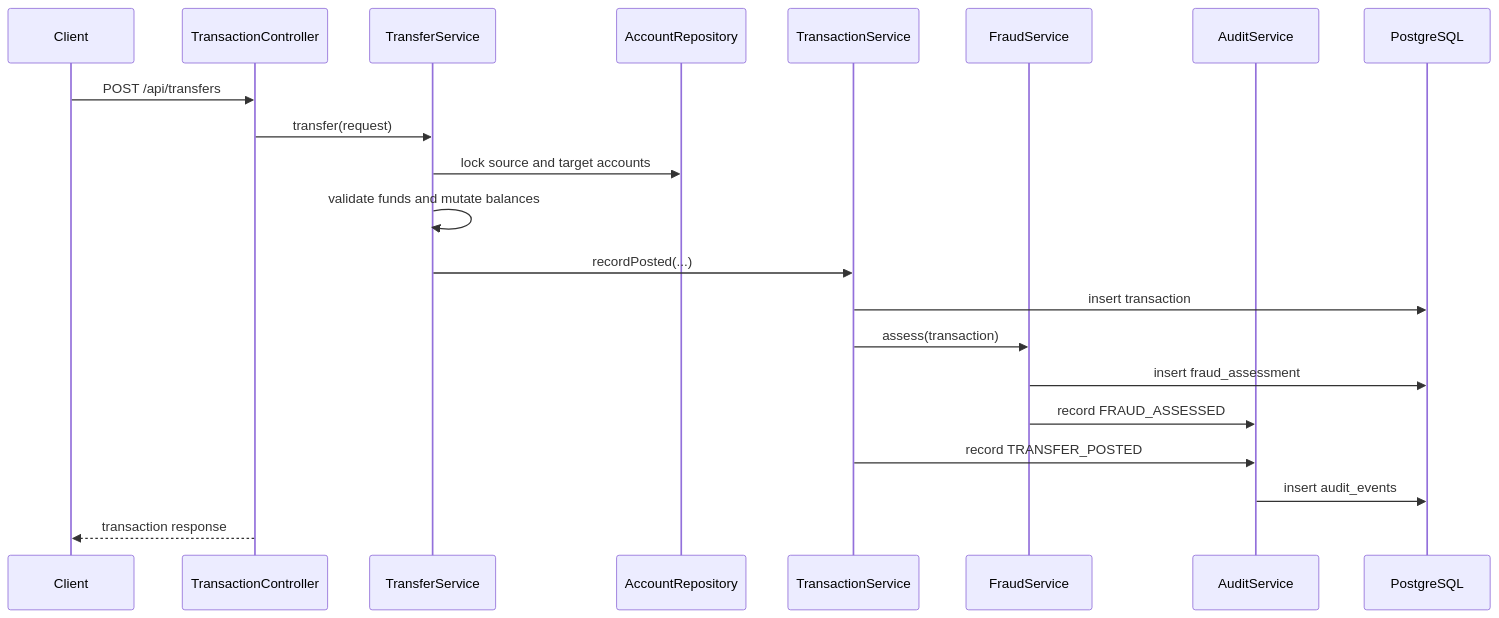
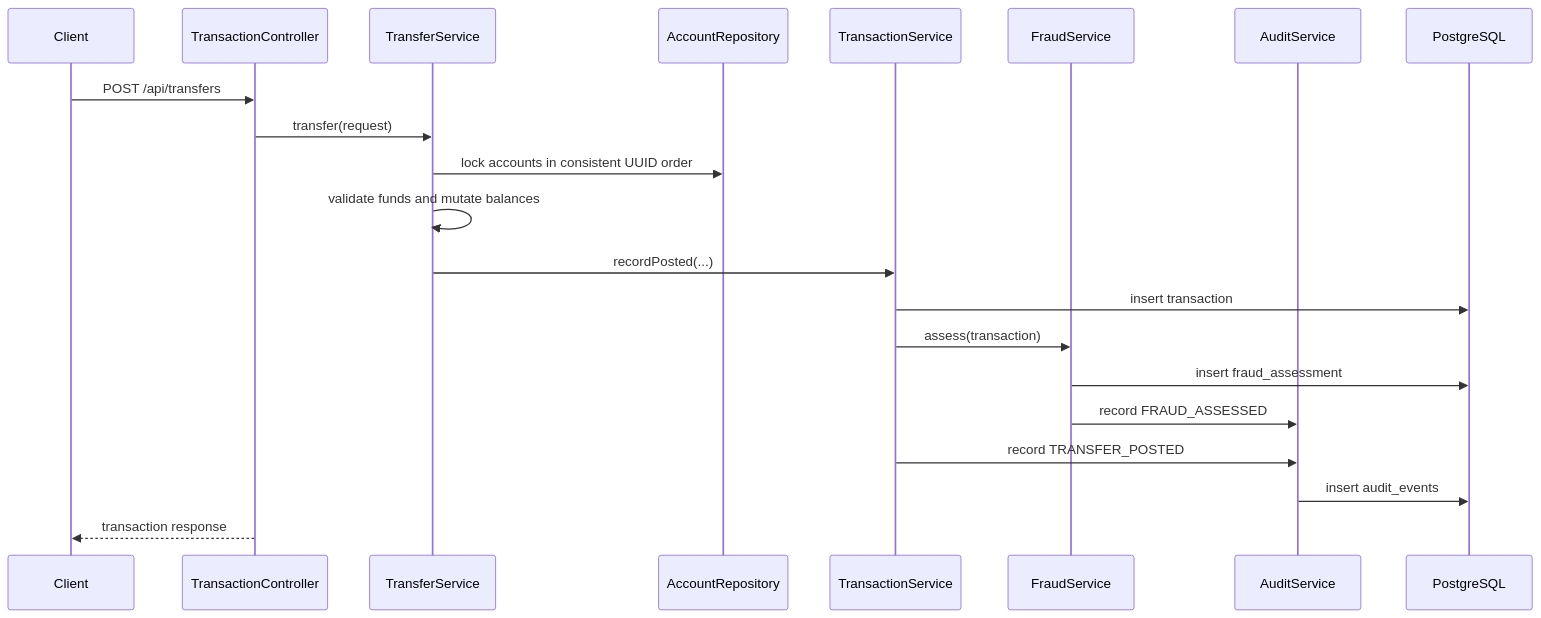
The third of 3 diagrams in docs/architecture.md (grantmaye/m1-banklab), drawn with Mermaid before and after one commit. The commit also changed other lines of this file and 15 other files, not shown here.

````diff
--- a/docs/architecture.md
+++ b/docs/architecture.md
@@ -74,24 +74,24 @@
 ```mermaid
 sequenceDiagram
     participant Client
     participant Controller as TransactionController
     participant Transfer as TransferService
     participant Accounts as AccountRepository
     participant Tx as TransactionService
     participant Fraud as FraudService
     participant Audit as AuditService
     participant DB as PostgreSQL
 
     Client->>Controller: POST /api/transfers
     Controller->>Transfer: transfer(request)
-    Transfer->>Accounts: lock source and target accounts
+    Transfer->>Accounts: lock accounts in consistent UUID order
     Transfer->>Transfer: validate funds and mutate balances
     Transfer->>Tx: recordPosted(...)
     Tx->>DB: insert transaction
     Tx->>Fraud: assess(transaction)
     Fraud->>DB: insert fraud_assessment
     Fraud->>Audit: record FRAUD_ASSESSED
     Tx->>Audit: record TRANSFER_POSTED
     Audit->>DB: insert audit_events
     Controller-->>Client: transaction response
 ```
````
